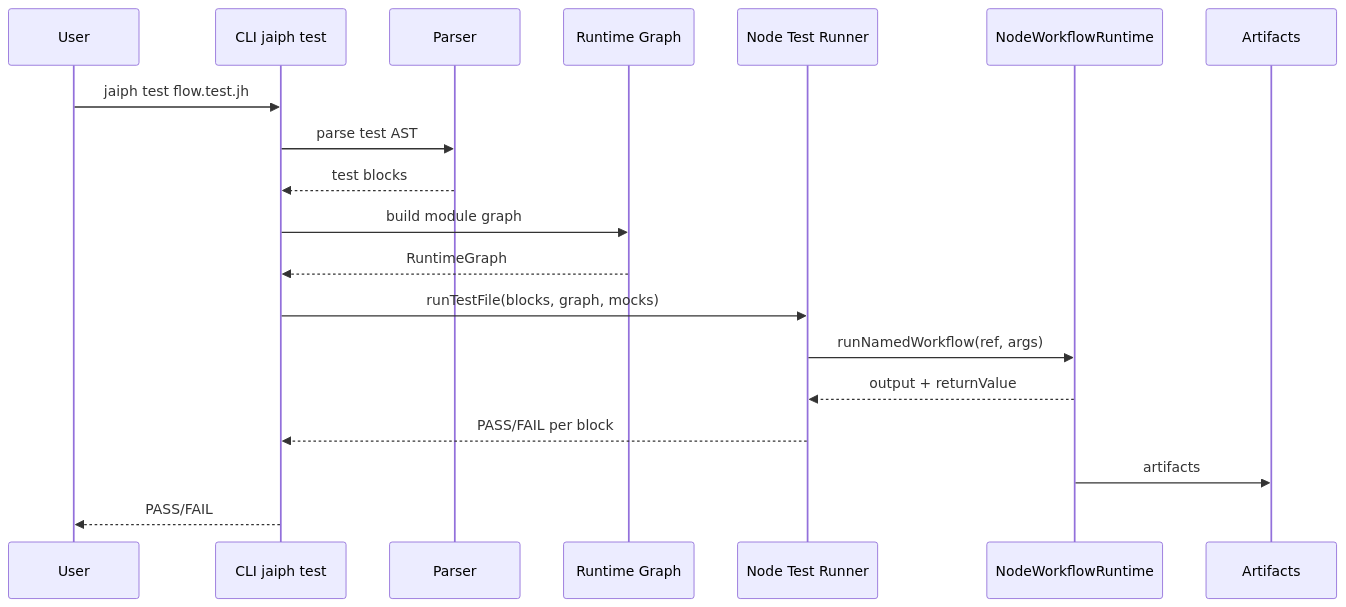
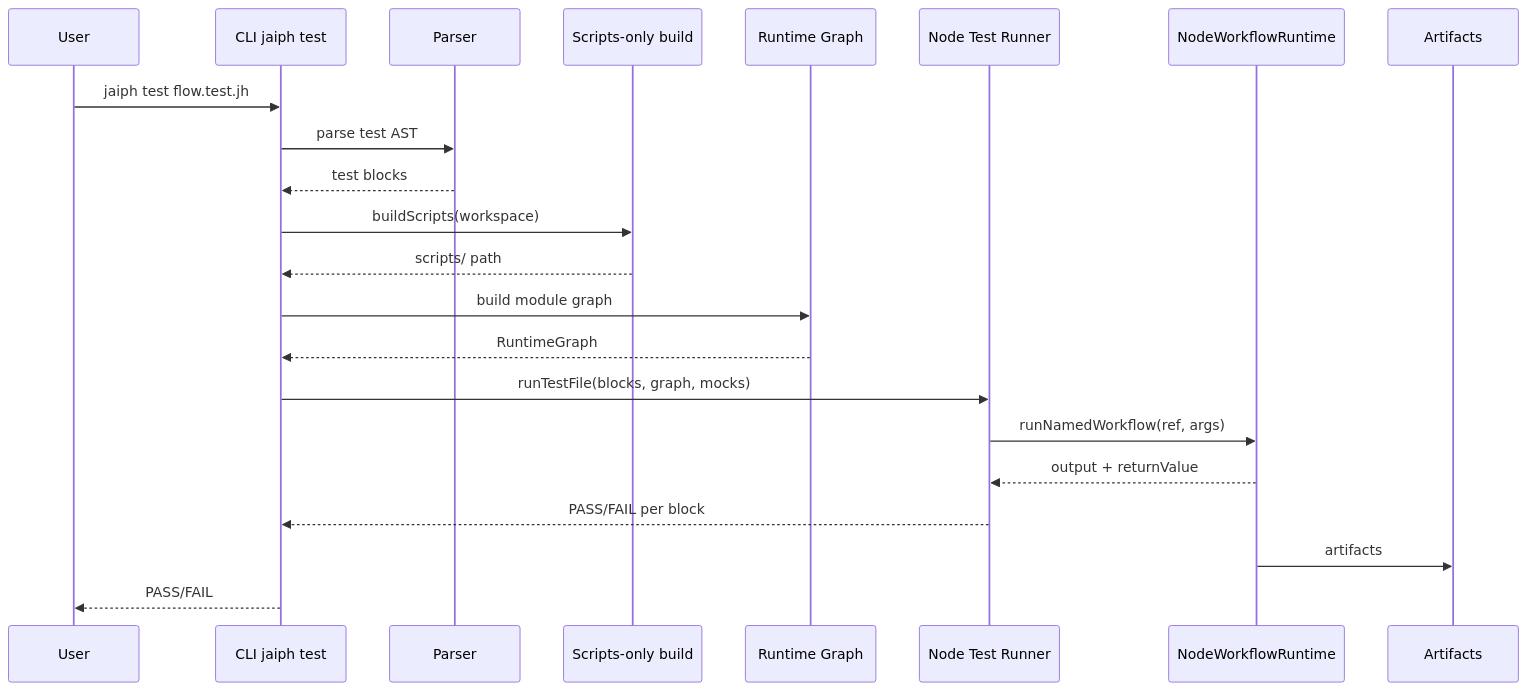
One commit to jaiphlang/jaiph changed the third of 3 diagrams in ARCHITECTURE.md. Above: the diagram before and after it, drawn with Mermaid. The commit also changed other lines of this file and 3 other files, not shown here.

Commit message:
Queue: Update ARCHITECTURE and major QUEUE rework

````diff
--- a/ARCHITECTURE.md
+++ b/ARCHITECTURE.md
@@ -161,22 +169,25 @@
 ```mermaid
 sequenceDiagram
     participant User
     participant CLI as CLI jaiph test
     participant Parser as Parser
+    participant Prep as Scripts-only build
     participant Graph as Runtime Graph
     participant TestRunner as Node Test Runner
     participant Runtime as NodeWorkflowRuntime
     participant Report as Artifacts
 
     User->>CLI: jaiph test flow.test.jh
     CLI->>Parser: parse test AST
     Parser-->>CLI: test blocks
+    CLI->>Prep: buildScripts(workspace)
+    Prep-->>CLI: scripts/ path
     CLI->>Graph: build module graph
     Graph-->>CLI: RuntimeGraph
     CLI->>TestRunner: runTestFile(blocks, graph, mocks)
     TestRunner->>Runtime: runNamedWorkflow(ref, args)
     Runtime-->>TestRunner: output + returnValue
     TestRunner-->>CLI: PASS/FAIL per block
     Runtime->>Report: artifacts
     CLI-->>User: PASS/FAIL
 ```
````
